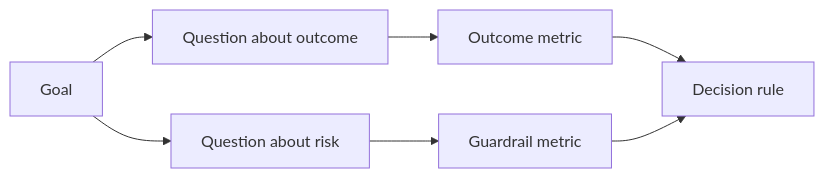
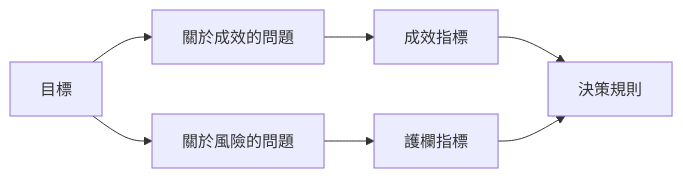
Before and after one commit to edward821220/ai-engineering-from-scratch: the diagram in i18n/zh-TW/phases/14-agent-engineering/52-design-success-metrics/docs/zh-TW.md, drawn with Mermaid. The commit also changed other lines of this file and 43 other files, not shown here.

````diff
--- a/i18n/zh-TW/phases/14-agent-engineering/52-design-success-metrics/docs/zh-TW.md
+++ b/i18n/zh-TW/phases/14-agent-engineering/52-design-success-metrics/docs/zh-TW.md
@@ -32,9 +32,9 @@
 ```mermaid
 flowchart LR
-  G[Goal] --> Q1[Question about outcome]
-  G --> Q2[Question about risk]
-  Q1 --> M1[Outcome metric]
-  Q2 --> M2[Guardrail metric]
-  M1 --> D[Decision rule]
+  G[目標] --> Q1[關於成效的問題]
+  G --> Q2[關於風險的問題]
+  Q1 --> M1[成效指標]
+  Q2 --> M2[護欄指標]
+  M1 --> D[決策規則]
   M2 --> D
 ```
````
